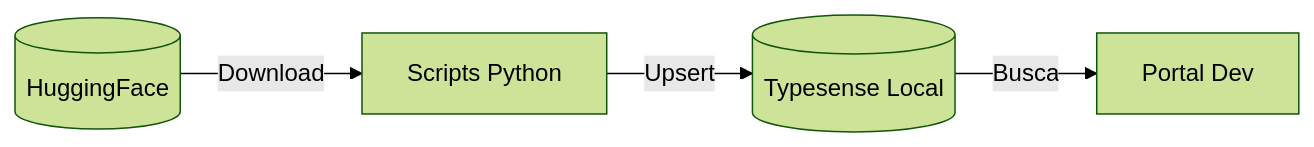
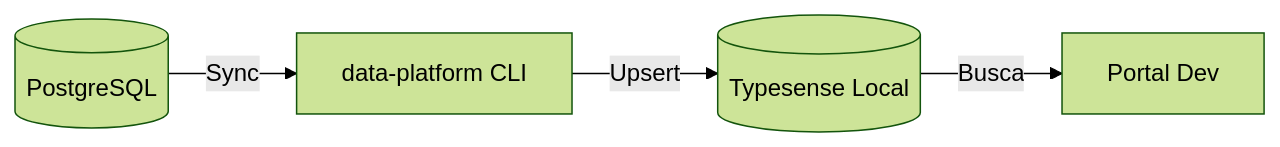
Before and after one commit to destaquesgovbr/docs: the diagram in docs/modulos/typesense-local.md, drawn with Mermaid (forest theme). The commit also changed other lines of this file and 5 other files, not shown here.

````diff
--- a/docs/modulos/typesense-local.md
+++ b/docs/modulos/typesense-local.md
@@ -15,6 +15,6 @@
 ```mermaid
 flowchart LR
-    HF[(HuggingFace)] -->|Download| SC[Scripts Python]
+    PG[(PostgreSQL)] -->|Sync| SC[data-platform CLI]
     SC -->|Upsert| TS[(Typesense Local)]
     TS -->|Busca| PO[Portal Dev]
 ```
````
